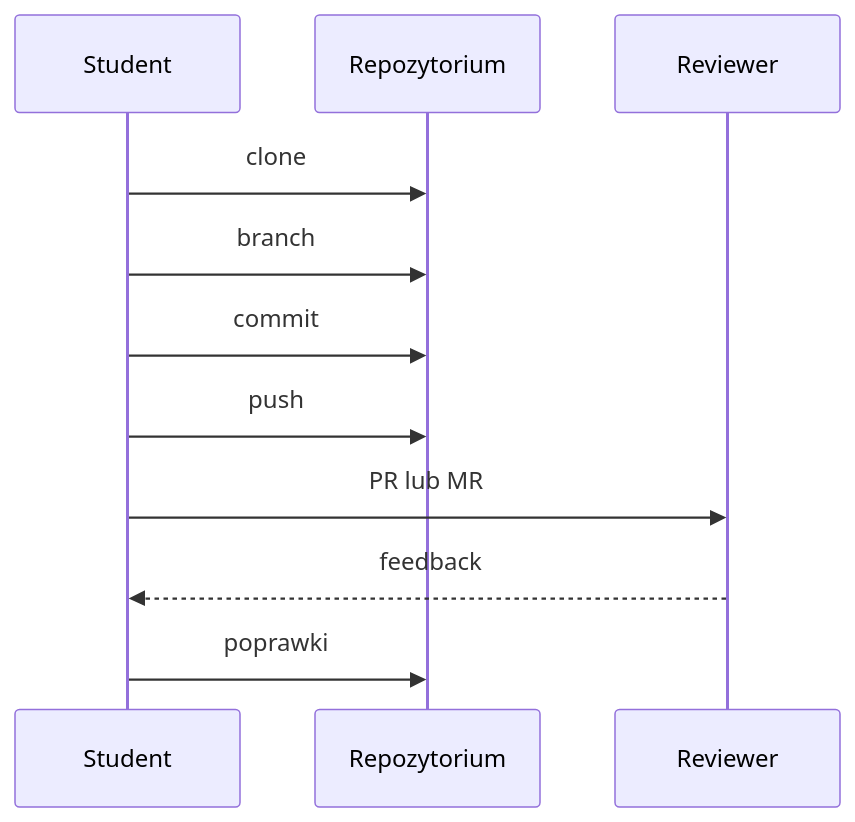
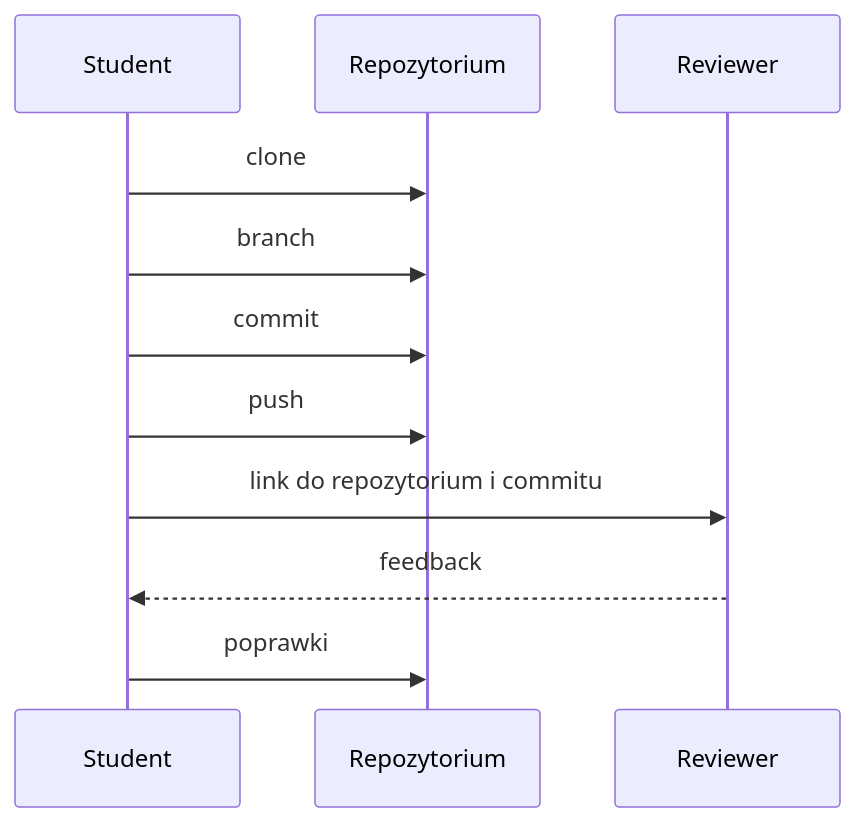
One commit to tborzyszkowski/warsztat-programisty-pjatk changed the diagram in src/01-organizacja/01-repozytorium-i-konta/diagramy/przeplyw-repozytorium.mmd. Above: the diagram before and after it, drawn with Mermaid. The commit also changed 3 other files, not shown here.

Commit message:
Update README and diagrams to clarify repository structure and submission guidelines

```diff
--- a/src/01-organizacja/01-repozytorium-i-konta/diagramy/przeplyw-repozytorium.mmd
+++ b/src/01-organizacja/01-repozytorium-i-konta/diagramy/przeplyw-repozytorium.mmd
@@ -1,11 +1,11 @@
 sequenceDiagram
     participant S as Student
     participant R as Repozytorium
     participant P as Reviewer
     S->>R: clone
     S->>R: branch
     S->>R: commit
     S->>R: push
-    S->>P: PR lub MR
+    S->>P: link do repozytorium i commitu
     P-->>S: feedback
     S->>R: poprawki
```
